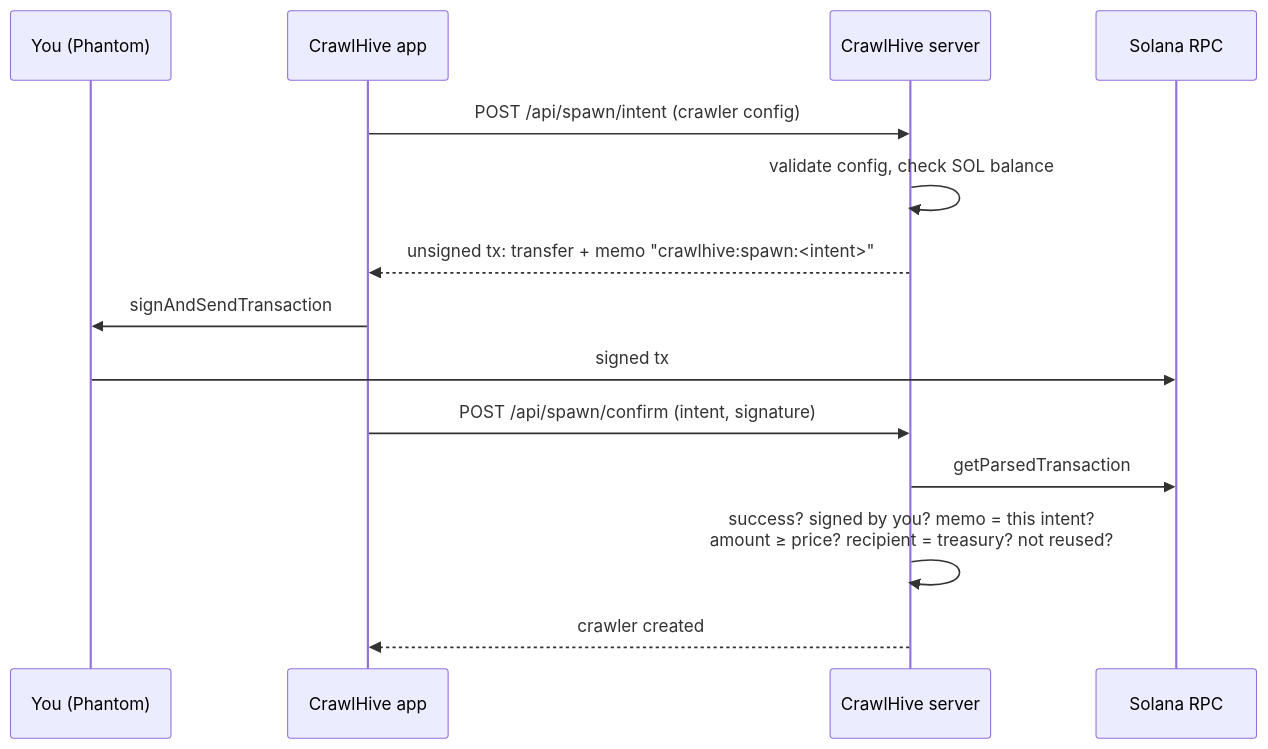
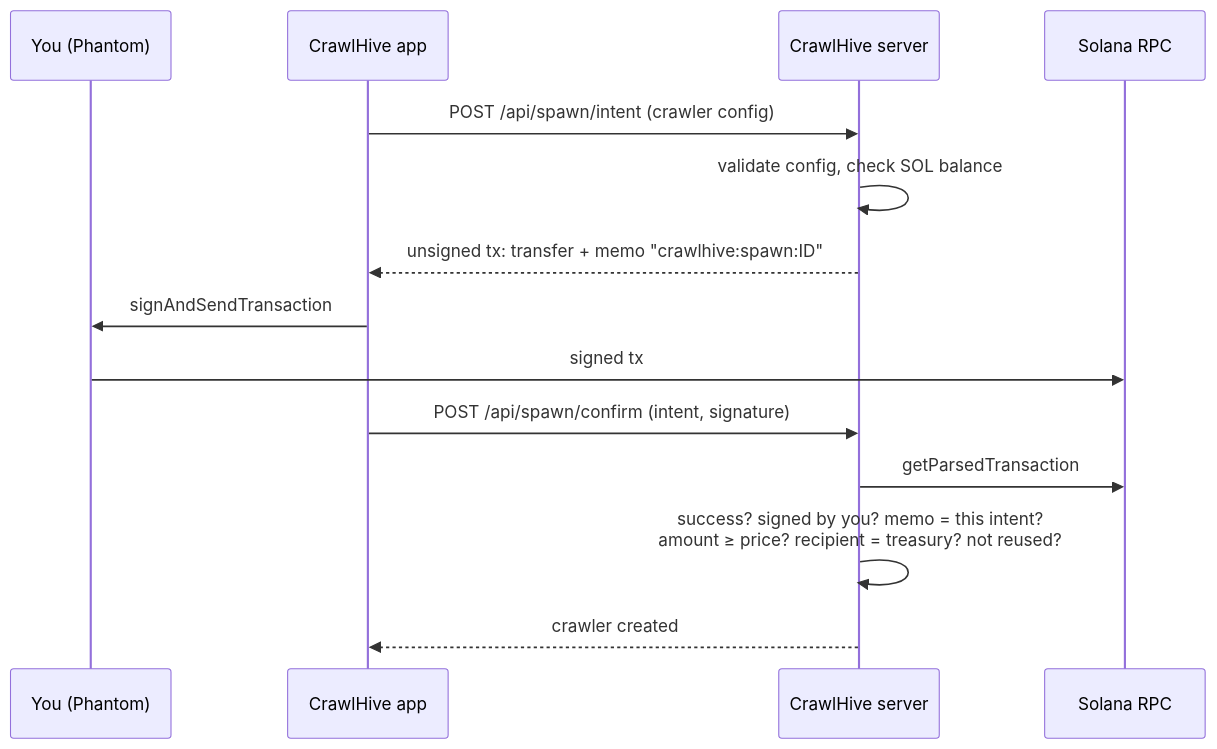
Before and after one commit to NekomyaDev/crawl-hive: the second of 2 diagrams in README.md, drawn with Mermaid.

Commit message:
README: avoid angle brackets in mermaid diagram

````diff
--- a/README.md
+++ b/README.md
@@ -96,16 +96,16 @@
 ```mermaid
 sequenceDiagram
     participant U as You (Phantom)
     participant A as CrawlHive app
     participant S as CrawlHive server
     participant R as Solana RPC
     A->>S: POST /api/spawn/intent (crawler config)
     S->>S: validate config, check SOL balance
-    S-->>A: unsigned tx: transfer + memo "crawlhive:spawn:<intent>"
+    S-->>A: unsigned tx: transfer + memo "crawlhive:spawn:ID"
     A->>U: signAndSendTransaction
     U->>R: signed tx
     A->>S: POST /api/spawn/confirm (intent, signature)
     S->>R: getParsedTransaction
     S->>S: success? signed by you? memo = this intent?<br/>amount ≥ price? recipient = treasury? not reused?
     S-->>A: crawler created
 ```
````
